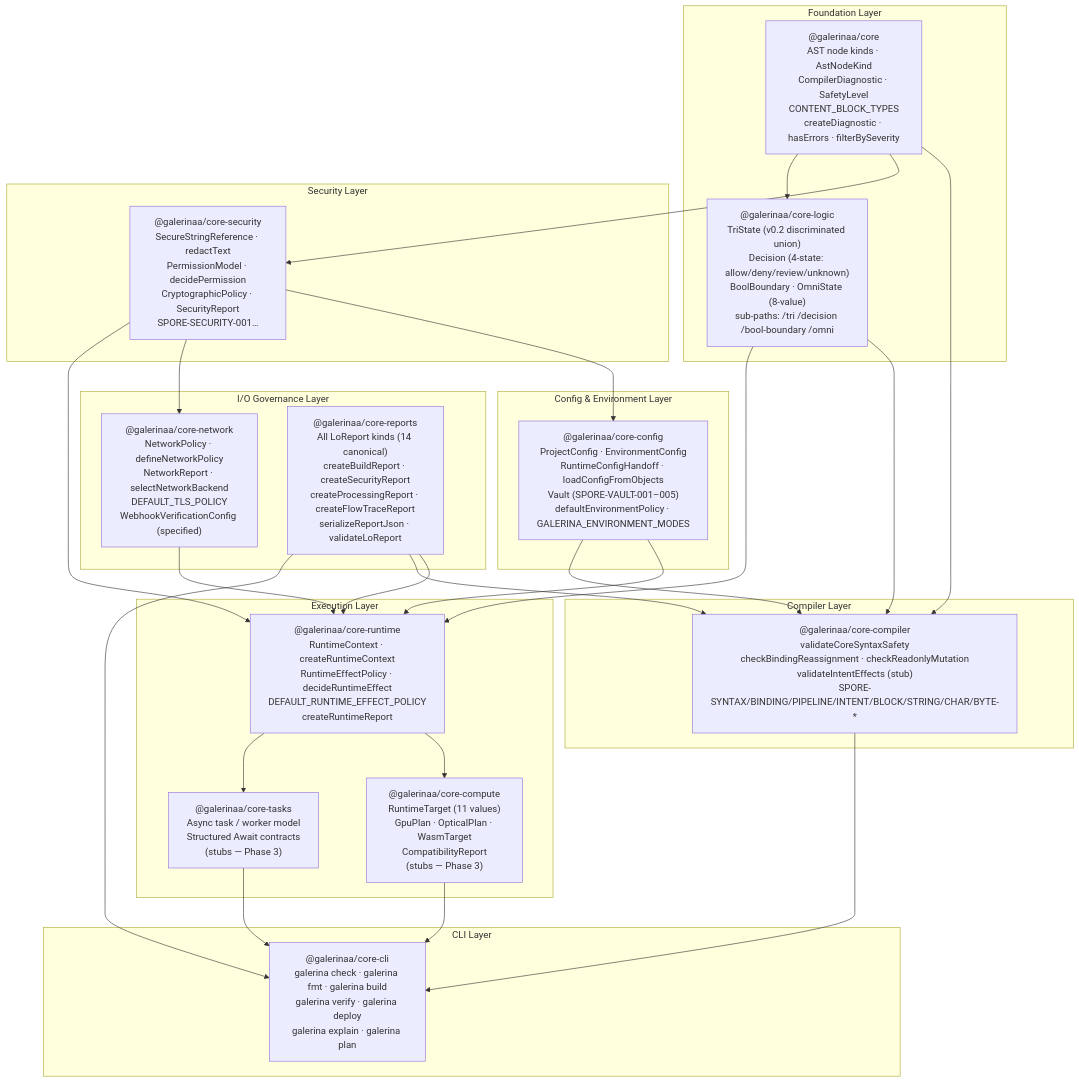
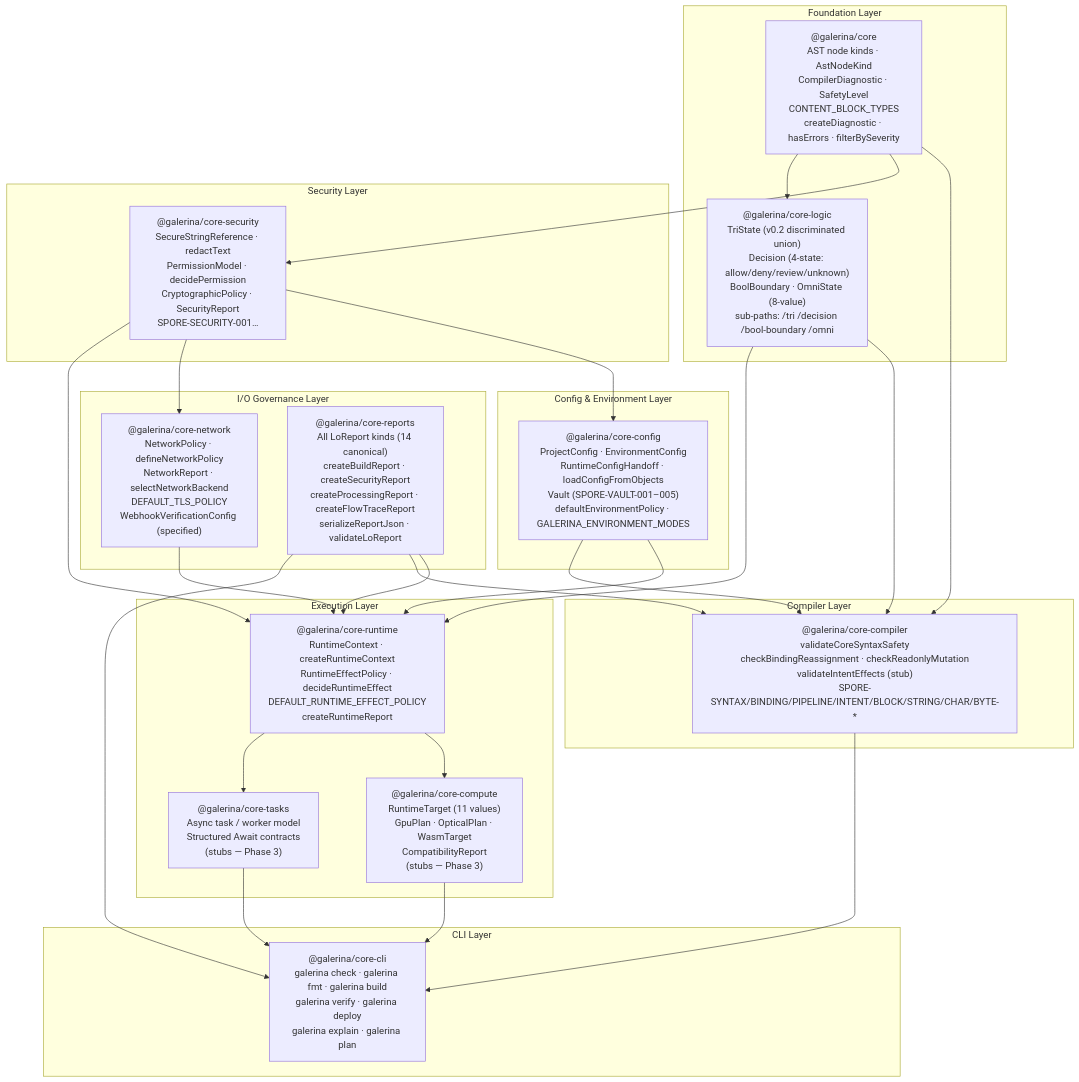
Before and after one commit to zero-trust-framework/LogicN: the first of 3 diagrams in docs/Knowledge-Bases/galerina-core-package-architecture.md, drawn with Mermaid. The commit also changed other lines of this file and 665 other files, not shown here.

First line of the commit message:
chore(rebrand): finish @galerinaa->@galerina scope typo cleanup

````diff
--- a/docs/Knowledge-Bases/galerina-core-package-architecture.md
+++ b/docs/Knowledge-Bases/galerina-core-package-architecture.md
@@ -13,54 +13,54 @@
 ```mermaid
 graph TB
     subgraph Foundation["Foundation Layer"]
-        core["@galerinaa/core\nAST node kinds · AstNodeKind\nCompilerDiagnostic · SafetyLevel\nCONTENT_BLOCK_TYPES\ncreateDiagnostic · hasErrors · filterBySeverity"]
-        logic["@galerinaa/core-logic\nTriState (v0.2 discriminated union)\nDecision (4-state: allow/deny/review/unknown)\nBoolBoundary · OmniState (8-value)\nsub-paths: /tri /decision /bool-boundary /omni"]
+        core["@galerina/core\nAST node kinds · AstNodeKind\nCompilerDiagnostic · SafetyLevel\nCONTENT_BLOCK_TYPES\ncreateDiagnostic · hasErrors · filterBySeverity"]
+        logic["@galerina/core-logic\nTriState (v0.2 discriminated union)\nDecision (4-state: allow/deny/review/unknown)\nBoolBoundary · OmniState (8-value)\nsub-paths: /tri /decision /bool-boundary /omni"]
     end
 
     subgraph SecurityLayer["Security Layer"]
-        security["@galerinaa/core-security\nSecureStringReference · redactText\nPermissionModel · decidePermission\nCryptographicPolicy · SecurityReport\nSPORE-SECURITY-001…"]
+        security["@galerina/core-security\nSecureStringReference · redactText\nPermissionModel · decidePermission\nCryptographicPolicy · SecurityReport\nSPORE-SECURITY-001…"]
     end
 
     subgraph ConfigLayer["Config & Environment Layer"]
-        config["@galerinaa/core-config\nProjectConfig · EnvironmentConfig\nRuntimeConfigHandoff · loadConfigFromObjects\nVault (SPORE-VAULT-001–005)\ndefaultEnvironmentPolicy · GALERINA_ENVIRONMENT_MODES"]
+        config["@galerina/core-config\nProjectConfig · EnvironmentConfig\nRuntimeConfigHandoff · loadConfigFromObjects\nVault (SPORE-VAULT-001–005)\ndefaultEnvironmentPolicy · GALERINA_ENVIRONMENT_MODES"]
     end
 
     subgraph IOLayer["I/O Governance Layer"]
-        network["@galerinaa/core-network\nNetworkPolicy · defineNetworkPolicy\nNetworkReport · selectNetworkBackend\nDEFAULT_TLS_POLICY\nWebhookVerificationConfig (specified)"]
-        reports["@galerinaa/core-reports\nAll LoReport kinds (14 canonical)\ncreateBuildReport · createSecurityReport\ncreateProcessingReport · createFlowTraceReport\nserializeReportJson · validateLoReport"]
+        network["@galerina/core-network\nNetworkPolicy · defineNetworkPolicy\nNetworkReport · selectNetworkBackend\nDEFAULT_TLS_POLICY\nWebhookVerificationConfig (specified)"]
+        reports["@galerina/core-reports\nAll LoReport kinds (14 canonical)\ncreateBuildReport · createSecurityReport\ncreateProcessingReport · createFlowTraceReport\nserializeReportJson · validateLoReport"]
     end
 
     subgraph ExecutionLayer["Execution Layer"]
-        runtime["@galerinaa/core-runtime\nRuntimeContext · createRuntimeContext\nRuntimeEffectPolicy · decideRuntimeEffect\nDEFAULT_RUNTIME_EFFECT_POLICY\ncreateRuntimeReport"]
-        compute["@galerinaa/core-compute\nRuntimeTarget (11 values)\nGpuPlan · OpticalPlan · WasmTarget\nCompatibilityReport\n(stubs — Phase 3)"]
-        tasks["@galerinaa/core-tasks\nAsync task / worker model\nStructured Await contracts\n(stubs — Phase 3)"]
+        runtime["@galerina/core-runtime\nRuntimeContext · createRuntimeContext\nRuntimeEffectPolicy · decideRuntimeEffect\nDEFAULT_RUNTIME_EFFECT_POLICY\ncreateRuntimeReport"]
+        compute["@galerina/core-compute\nRuntimeTarget (11 values)\nGpuPlan · OpticalPlan · WasmTarget\nCompatibilityReport\n(stubs — Phase 3)"]
+        tasks["@galerina/core-tasks\nAsync task / worker model\nStructured Await contracts\n(stubs — Phase 3)"]
     end
 
     subgraph CompilerLayer["Compiler Layer"]
-        compiler["@galerinaa/core-compiler\nvalidateCoreSyntaxSafety\ncheckBindingReassignment · checkReadonlyMutation\nvalidateIntentEffects (stub)\nSPORE-SYNTAX/BINDING/PIPELINE/INTENT/BLOCK/STRING/CHAR/BYTE-*"]
+        compiler["@galerina/core-compiler\nvalidateCoreSyntaxSafety\ncheckBindingReassignment · checkReadonlyMutation\nvalidateIntentEffects (stub)\nSPORE-SYNTAX/BINDING/PIPELINE/INTENT/BLOCK/STRING/CHAR/BYTE-*"]
     end
 
     subgraph CLILayer["CLI Layer"]
-        cli["@galerinaa/core-cli\ngalerina check · galerina fmt · galerina build\ngalerina verify · galerina deploy\ngalerina explain · galerina plan"]
+        cli["@galerina/core-cli\ngalerina check · galerina fmt · galerina build\ngalerina verify · galerina deploy\ngalerina explain · galerina plan"]
     end
 
     core --> compiler
     core --> security
     core --> logic
     logic --> compiler
     logic --> runtime
     security --> config
     security --> network
     security --> runtime
     config --> runtime
     config --> compiler
     network --> runtime
     reports --> runtime
     reports --> compiler
     reports --> cli
     runtime --> compute
     runtime --> tasks
     compute --> cli
     tasks --> cli
     compiler --> cli
 ```
````
